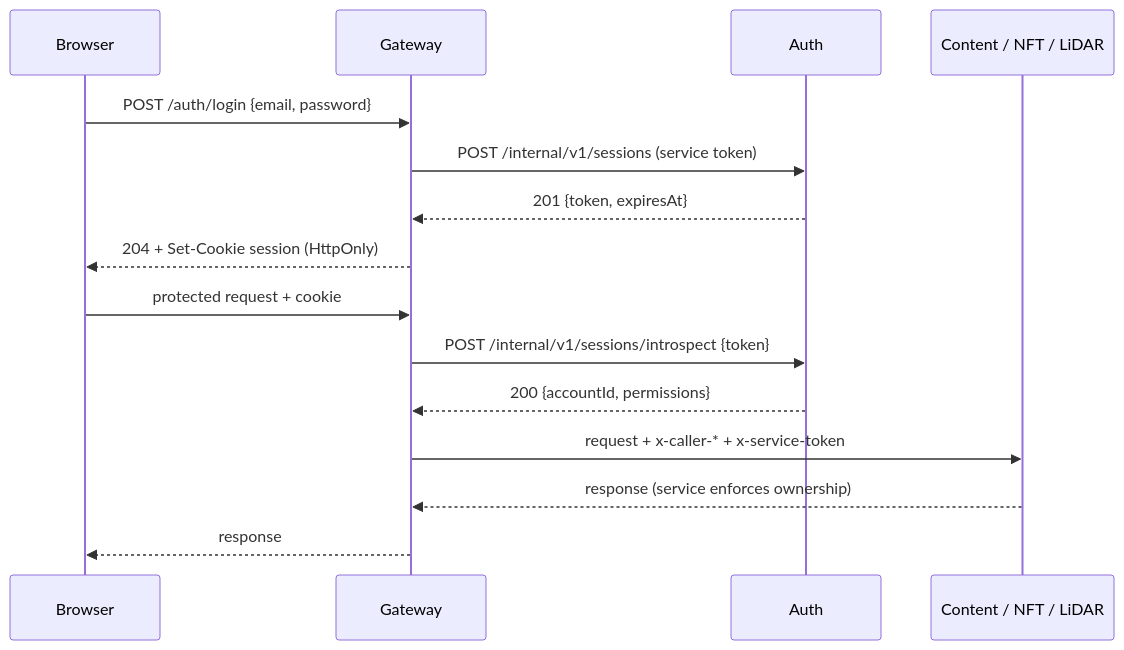
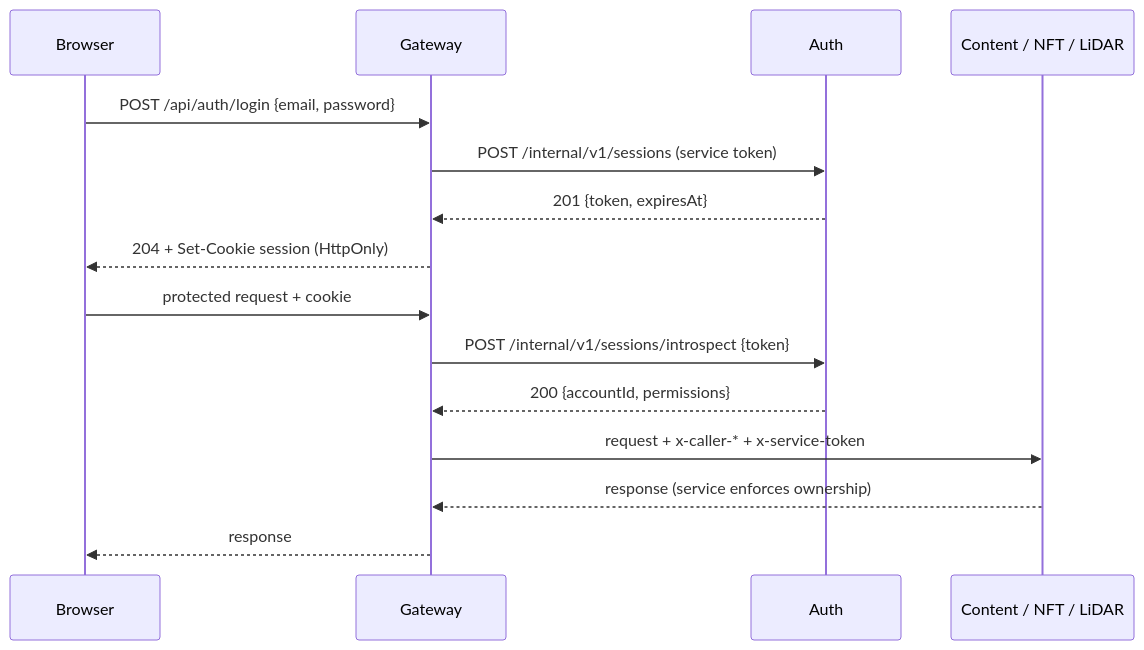
Before and after one commit to songomby-D1/devfest2026: the diagram in docs/specs/auth-contract.md, drawn with Mermaid. The commit also changed other lines of this file and 47 other files, not shown here.

````diff
--- a/docs/specs/auth-contract.md
+++ b/docs/specs/auth-contract.md
@@ -17,17 +19,17 @@
 ```mermaid
 sequenceDiagram
     participant B as Browser
     participant G as Gateway
     participant A as Auth
     participant S as Content / NFT / LiDAR
-    B->>G: POST /auth/login {email, password}
+    B->>G: POST /api/auth/login {email, password}
     G->>A: POST /internal/v1/sessions (service token)
     A-->>G: 201 {token, expiresAt}
     G-->>B: 204 + Set-Cookie session (HttpOnly)
     B->>G: protected request + cookie
     G->>A: POST /internal/v1/sessions/introspect {token}
     A-->>G: 200 {accountId, permissions}
     G->>S: request + x-caller-* + x-service-token
     S-->>G: response (service enforces ownership)
     G-->>B: response
 ```
````
